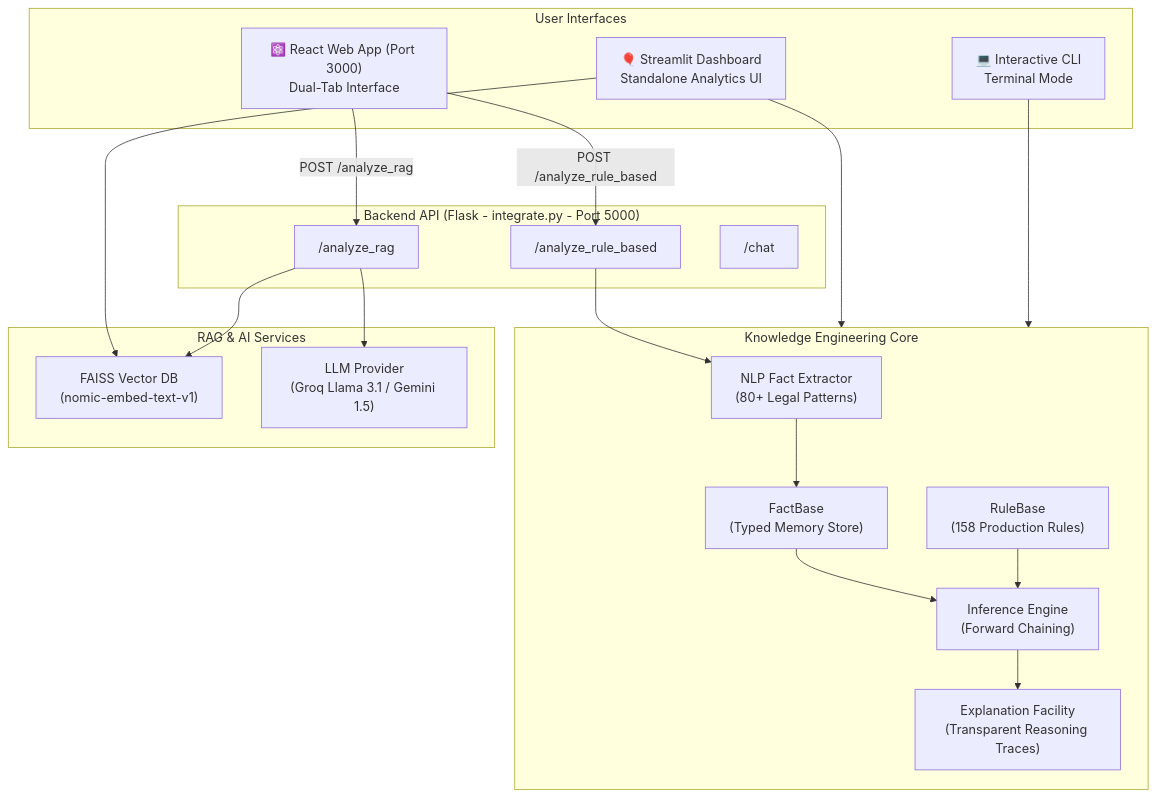
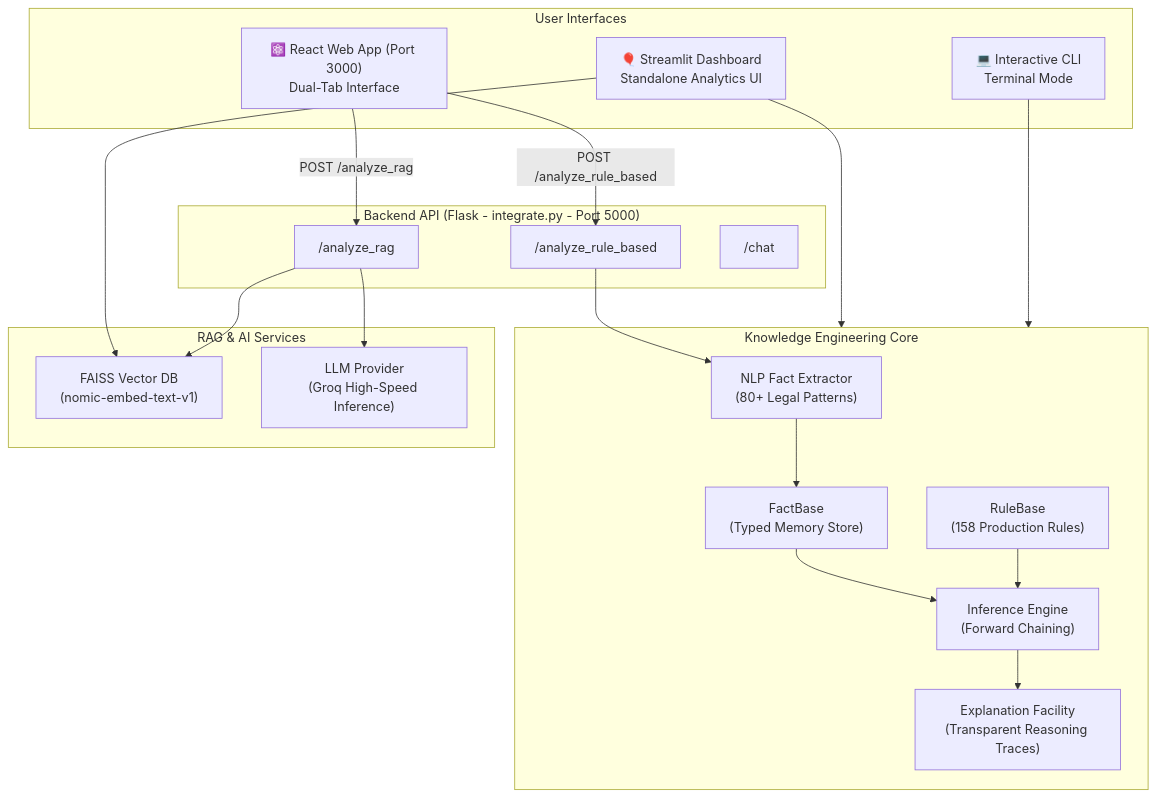
Before and after one commit to darksinnnn/Legal-Advisor: the diagram in README.md, drawn with Mermaid. The commit also changed other lines of this file and 3 other files, not shown here.

Commit message:
feat: switch LLM to dedicated Groq integration with dynamic model selection

````diff
--- a/README.md
+++ b/README.md
@@ -47,41 +47,41 @@
 ```mermaid
 graph TB
     subgraph Clients ["User Interfaces"]
         ReactUI["⚛️ React Web App (Port 3000)<br/>Dual-Tab Interface"]
         StreamlitUI["🎈 Streamlit Dashboard<br/>Standalone Analytics UI"]
         CLI["💻 Interactive CLI<br/>Terminal Mode"]
     end
 
     subgraph Backend ["Backend API (Flask - integrate.py - Port 5000)"]
         RB_Route["/analyze_rule_based"]
         RAG_Route["/analyze_rag"]
         Chat_Route["/chat"]
     end
 
     subgraph KE_Core ["Knowledge Engineering Core"]
         Extractor["NLP Fact Extractor<br/>(80+ Legal Patterns)"]
         FactBase["FactBase<br/>(Typed Memory Store)"]
         RuleBase["RuleBase<br/>(158 Production Rules)"]
         Engine["Inference Engine<br/>(Forward Chaining)"]
         Explain["Explanation Facility<br/>(Transparent Reasoning Traces)"]
     end
 
     subgraph Retrieval_LLM ["RAG & AI Services"]
         FAISS_DB["FAISS Vector DB<br/>(nomic-embed-text-v1)"]
-        LLM_Service["LLM Provider<br/>(Groq Llama 3.1 / Gemini 1.5)"]
+        LLM_Service["LLM Provider<br/>(Groq High-Speed Inference)"]
     end
 
     ReactUI -->|"POST /analyze_rule_based"| RB_Route
     ReactUI -->|"POST /analyze_rag"| RAG_Route
     StreamlitUI --> KE_Core
     StreamlitUI --> FAISS_DB
     CLI --> KE_Core
 
     RB_Route --> Extractor --> FactBase
     FactBase --> Engine
     RuleBase --> Engine
     Engine --> Explain
 
     RAG_Route --> FAISS_DB
     RAG_Route --> LLM_Service
 ```
````
